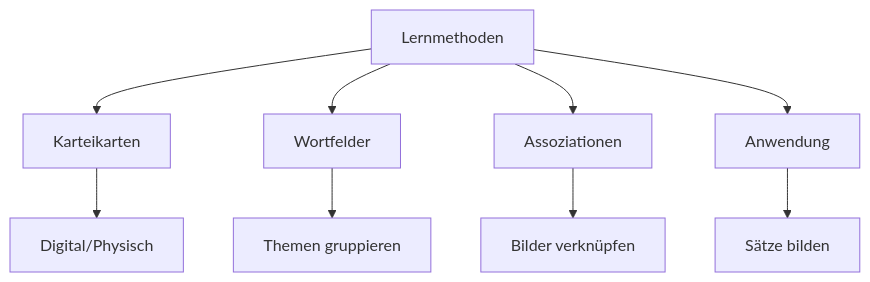
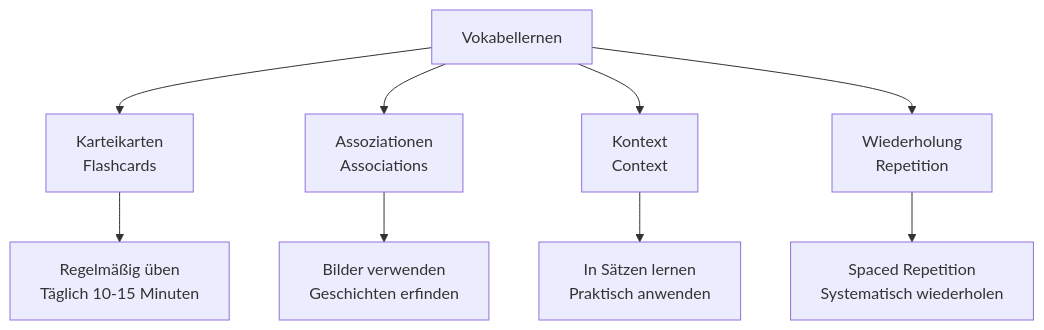
The third of 3 diagrams in docs/niveau/a1/wortschatz.md (wulfnb/german), drawn with Mermaid before and after one commit. The commit also changed other lines of this file and 20 other files, not shown here.

````diff
--- a/docs/niveau/a1/wortschatz.md
+++ b/docs/niveau/a1/wortschatz.md
@@ -360,12 +188,12 @@
 ```mermaid
-graph TD
-    A[Lernmethoden] --> B[Karteikarten]
-    A --> C[Wortfelder]
-    A --> D[Assoziationen]
-    A --> E[Anwendung]
+flowchart TD
+    A[Vokabellernen] --> B[Karteikarten<br/>Flashcards]
+    A --> C[Assoziationen<br/>Associations]
+    A --> D[Kontext<br/>Context]
+    A --> E[Wiederholung<br/>Repetition]
     
-    B --> B1[Digital/Physisch]
-    C --> C1[Themen gruppieren]
-    D --> D1[Bilder verknüpfen]
-    E --> E1[Sätze bilden]
+    B --> B1[Regelmäßig üben<br/>Täglich 10-15 Minuten]
+    C --> C1[Bilder verwenden<br/>Geschichten erfinden]
+    D --> D1[In Sätzen lernen<br/>Praktisch anwenden]
+    E --> E1[Spaced Repetition<br/>Systematisch wiederholen]
 ```
````
